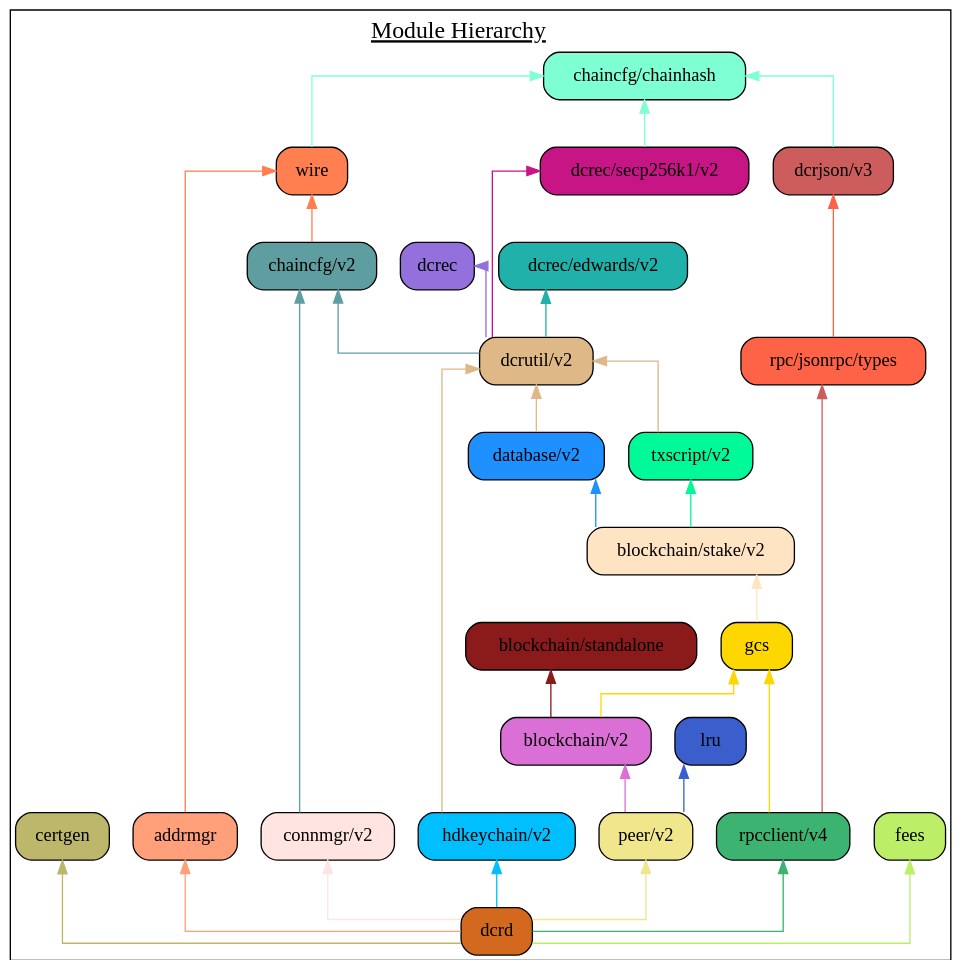
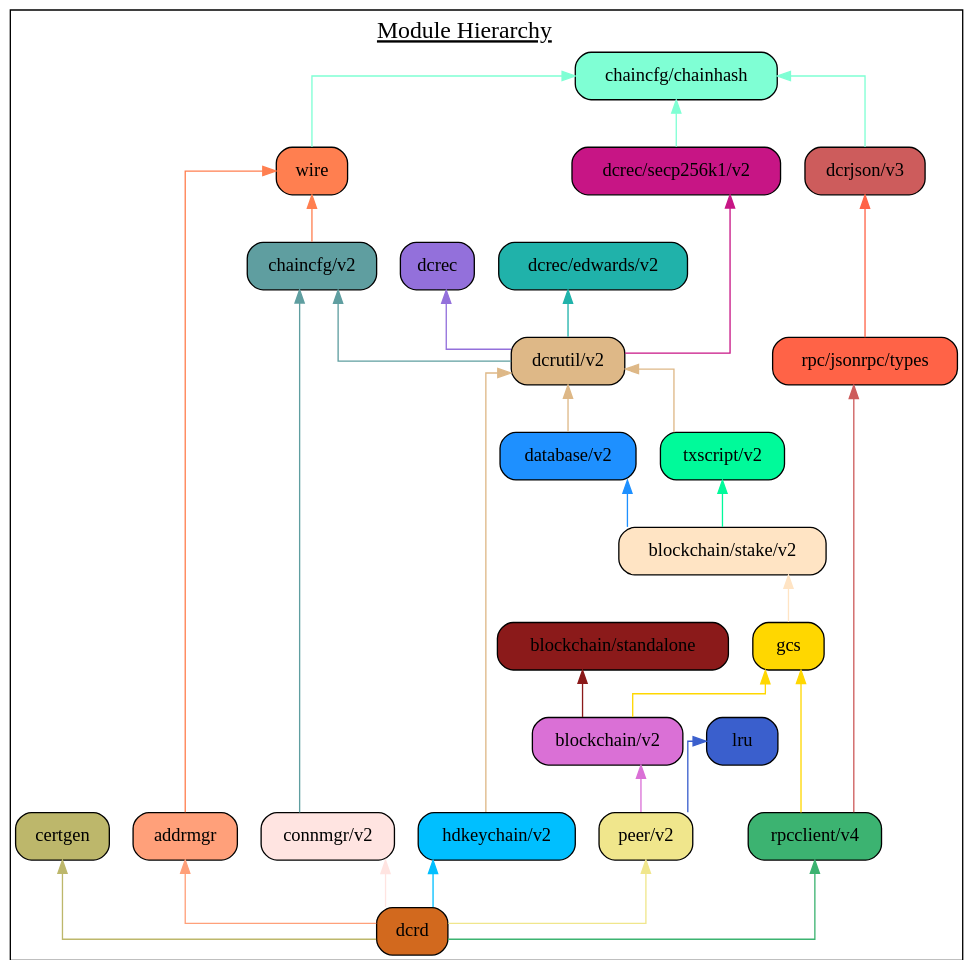
The diagram in docs/assets/module_hierarchy.gv (decred/dcrd), drawn with Graphviz before and after one commit. The commit also changed 2 other files, not shown here.

Commit message:
docs: Update for removal of fees module.

```diff
--- a/docs/assets/module_hierarchy.gv
+++ b/docs/assets/module_hierarchy.gv
@@ -1,65 +1,63 @@
 digraph {
 	graph [splines=ortho colorscheme=svg label=<<u>Module Hierarchy</u>> labelloc=t fontsize=18.0]
 	node [shape=box style="filled, rounded"]
 
 	certgen [label="certgen" fillcolor=darkkhaki]
 	chainhash [label="chaincfg/chainhash" fillcolor=aquamarine]
 	dcrjson [label="dcrjson/v3" fillcolor=indianred]
 	types [label="rpc/jsonrpc/types" fillcolor=tomato]
 	wire [label="wire" fillcolor=coral]
 	addrmgr [label="addrmgr" fillcolor=lightsalmon]
 	chaincfg [label="chaincfg/v2" fillcolor=cadetblue]
 	connmgr [label="connmgr/v2" fillcolor=mistyrose]
 	dcrec [label="dcrec" fillcolor=mediumpurple]
 	edwards [label="dcrec/edwards/v2" fillcolor=lightseagreen]
 	secp256k1 [label="dcrec/secp256k1/v2" fillcolor=mediumvioletred]
 	dcrutil [label="dcrutil/v2" fillcolor=burlywood]
 	database [label="database/v2" fillcolor=dodgerblue]
 	hdkeychain [label="hdkeychain/v2" fillcolor=deepskyblue]
 	txscript [label="txscript/v2" fillcolor=mediumspringgreen]
 	stake [label="blockchain/stake/v2" fillcolor=bisque]
 	standalone [label="blockchain/standalone" fillcolor=firebrick4]
 	gcs [label="gcs" fillcolor=gold]
 	blockchain [label="blockchain/v2" fillcolor=orchid]
 	lru  [label="lru" fillcolor=royalblue3]
 	peer [label="peer/v2" fillcolor=khaki]
 	rpcclient [label="rpcclient/v4" fillcolor=mediumseagreen]
-	fees [label="fees" fillcolor=darkolivegreen2]
 	dcrd [label="dcrd" fillcolor=chocolate]
 
 	{rank=same connmgr addrmgr hdkeychain peer rpcclient}
 
 	certgen
 	chainhash -> dcrjson [dir=back color=aquamarine]
 	chainhash -> wire [dir=back color=aquamarine]
 	wire -> addrmgr [dir=back color=coral]
 	wire -> chaincfg [dir=back color=coral]
 	chaincfg -> connmgr [dir=back color=cadetblue]
 	chainhash -> secp256k1 [dir=back color=aquamarine]
 	chaincfg -> dcrutil [dir=back color=cadetblue]
 	dcrec -> dcrutil [dir=back color=mediumpurple]
 	edwards ->  dcrutil [dir=back color=lightseagreen]
 	secp256k1 ->  dcrutil [dir=back color=mediumvioletred]
 	dcrutil -> database [dir=back color=burlywood]
 	dcrutil -> hdkeychain [dir=back color=burlywood]
 	dcrutil -> txscript [dir=back color=burlywood]
 	database ->  stake [dir=back color=dodgerblue]
 	txscript -> stake [dir=back color=mediumspringgreen]
 	stake -> gcs [dir=back color=bisque]
 	standalone -> blockchain [dir=back color=firebrick4]
 	gcs -> blockchain [dir=back color=gold]
 	gcs -> rpcclient [dir=back color=gold]
 
 	lru -> peer [dir=back color=royalblue3]
 	blockchain -> peer [dir=back color=orchid]
 	dcrjson -> types [dir=back color=tomato]
 	types -> rpcclient [dir=back color=indianred]
 
-	fees -> dcrd [dir=back color=darkolivegreen2]
 	certgen -> dcrd [dir=back color=darkkhaki]
 	addrmgr -> dcrd [dir=back color=lightsalmon]
 	hdkeychain -> dcrd [dir=back color=deepskyblue]
 	connmgr -> dcrd [dir=back color=mistyrose]
 	rpcclient -> dcrd [dir=back color=mediumseagreen]
 	peer -> dcrd [dir=back color=khaki]
 }
```
